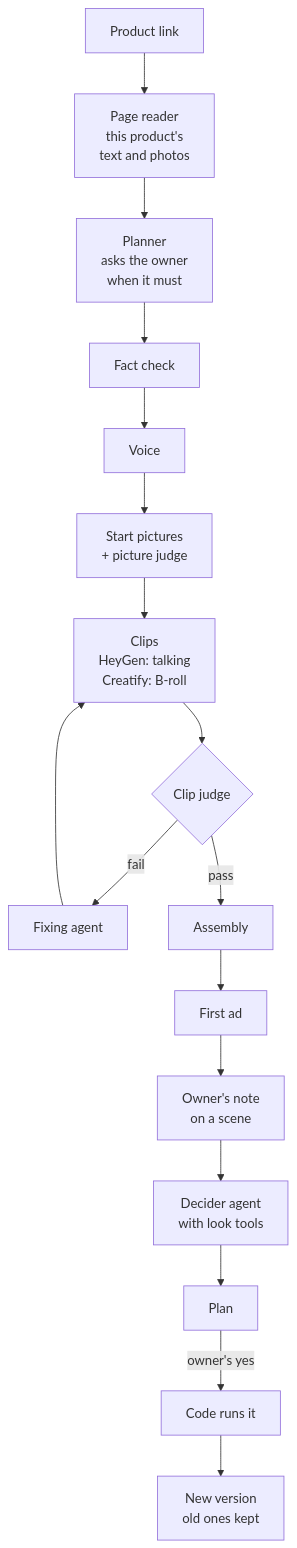
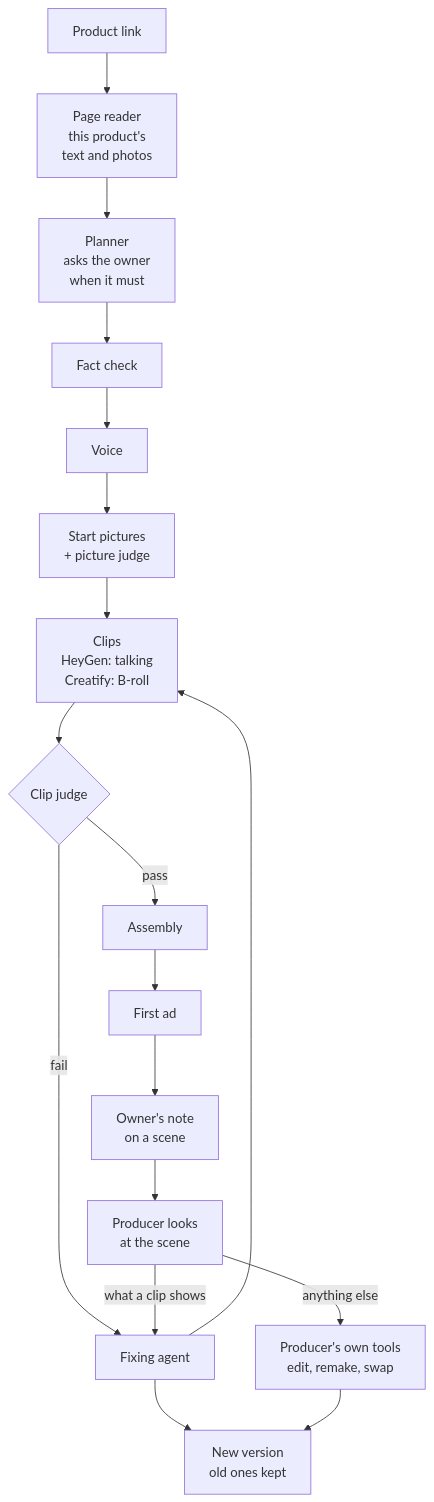
The diagram in README.md (Julian-Win-Stack/adforge), drawn with Mermaid before and after one commit. The commit also changed other lines of this file, not shown here.

Commit message:
README: the producer acts on notes, no decider (S3)
The diagram and the bullets still described the decider agent, its plan
and the owner's yes, gone since spec #247 / ADR 0010. Also the fixing
agent's give-up keeps its last try in the ad now, not a talking scene.

Claude-Session: https://claude.ai/code/session_01CWcSCXKuYiadrJXsTyWAzS

````diff
--- a/README.md
+++ b/README.md
@@ -13,19 +13,20 @@
 ```mermaid
 flowchart TD
     A[Product link] --> B[Page reader<br/>this product's<br/>text and photos]
     B --> C[Planner<br/>asks the owner<br/>when it must]
     C --> D[Fact check]
     D --> E[Voice]
     E --> F[Start pictures<br/>+ picture judge]
     F --> G[Clips<br/>HeyGen: talking<br/>Creatify: B-roll]
     G --> H{Clip judge}
     H -- fail --> I[Fixing agent]
     I --> G
     H -- pass --> J[Assembly]
     J --> K[First ad]
     K --> L[Owner's note<br/>on a scene]
-    L --> M[Decider agent<br/>with look tools]
-    M --> N[Plan]
-    N -- owner's yes --> P[Code runs it]
-    P --> Q[New version<br/>old ones kept]
+    L --> M[Producer looks<br/>at the scene]
+    M -- what a clip shows --> I
+    M -- anything else --> N[Producer's own tools<br/>edit, remake, swap]
+    I --> Q[New version<br/>old ones kept]
+    N --> Q
 ```
````
